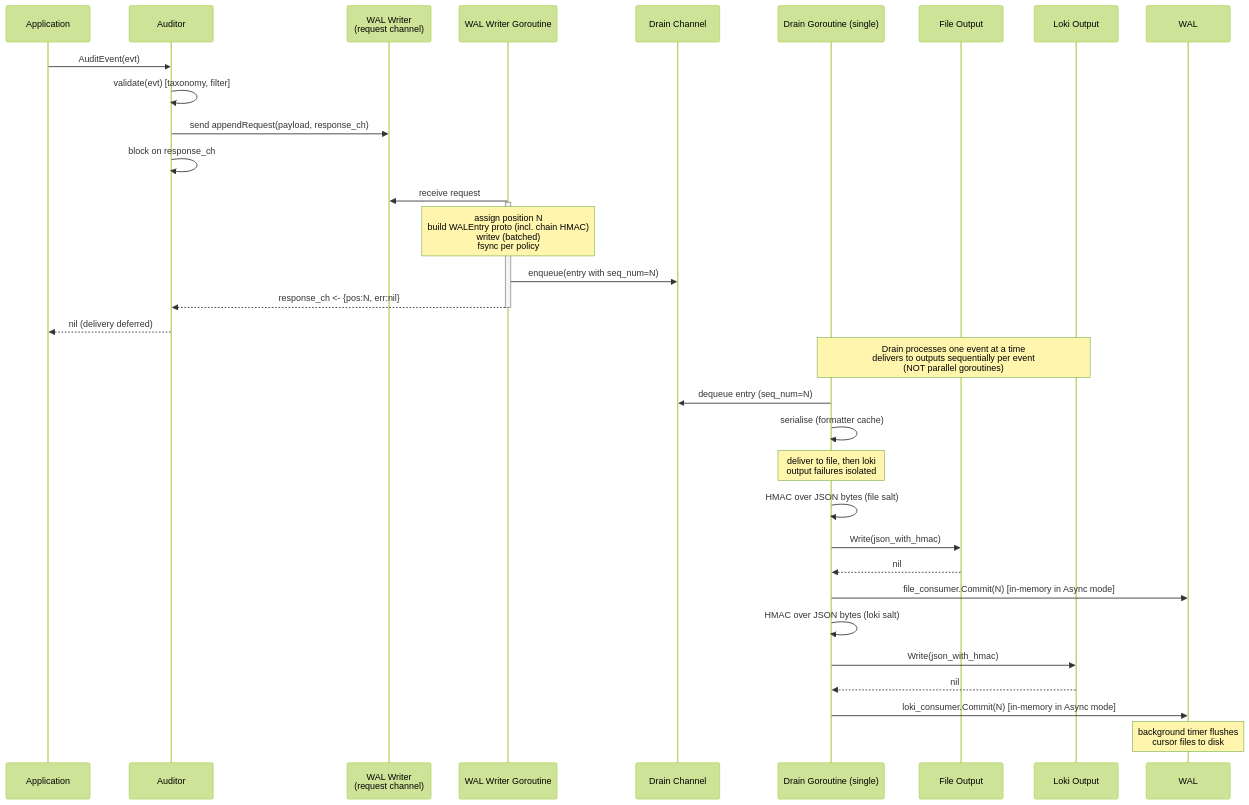
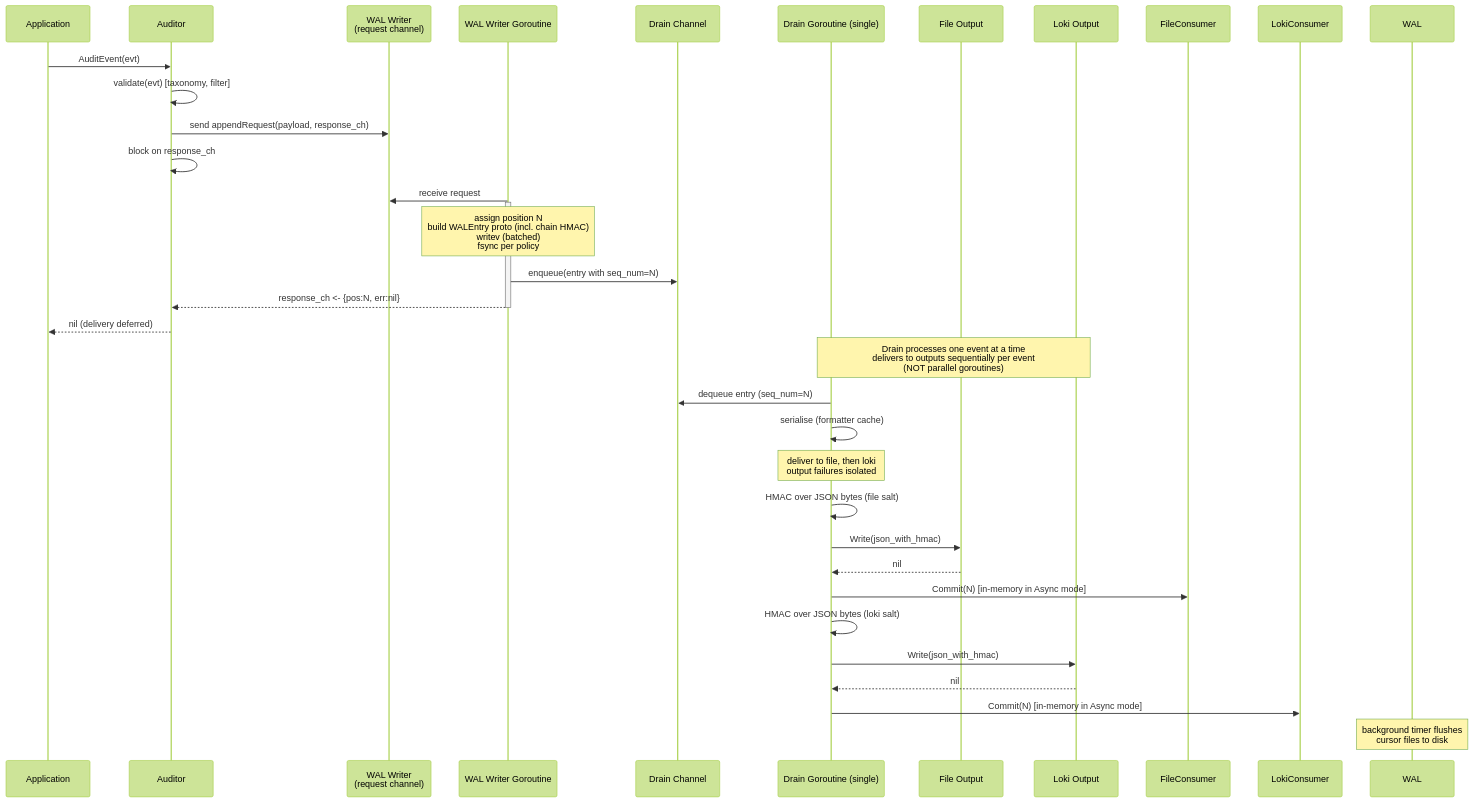
One commit to axonops/audit changed the first of 9 diagrams in docs/wal-design.md. Above: the diagram before and after it, drawn with Mermaid (forest theme). The commit also changed other lines of this file, not shown here.

First line of the commit message:
docs(wal): bottom-out design — proto determinism, instance binding, anchor commitment, key rotation, default chain-break

````diff
--- a/docs/wal-design.md
+++ b/docs/wal-design.md
@@ -610,40 +694,40 @@
 ```mermaid
 sequenceDiagram
     participant App as Application
     participant Auditor as Auditor
     participant WALReq as WAL Writer<br/>(request channel)
     participant Writer as WAL Writer Goroutine
     participant Ch as Drain Channel
     participant Drain as Drain Goroutine (single)
     participant File as File Output
     participant Loki as Loki Output
 
     App->>Auditor: AuditEvent(evt)
     Auditor->>Auditor: validate(evt) [taxonomy, filter]
     Auditor->>WALReq: send appendRequest(payload, response_ch)
     Auditor->>Auditor: block on response_ch
 
     Writer->>WALReq: receive request
     activate Writer
     Note over Writer: assign position N<br/>build WALEntry proto (incl. chain HMAC)<br/>writev (batched)<br/>fsync per policy
     Writer->>Ch: enqueue(entry with seq_num=N)
     Writer-->>Auditor: response_ch <- {pos:N, err:nil}
     deactivate Writer
     Auditor-->>App: nil (delivery deferred)
 
     Note over Drain,Loki: Drain processes one event at a time<br/>delivers to outputs sequentially per event<br/>(NOT parallel goroutines)
 
     Drain->>Ch: dequeue entry (seq_num=N)
     Drain->>Drain: serialise (formatter cache)
     Note over Drain: deliver to file, then loki<br/>output failures isolated
     Drain->>Drain: HMAC over JSON bytes (file salt)
     Drain->>File: Write(json_with_hmac)
     File-->>Drain: nil
-    Drain->>WAL: file_consumer.Commit(N) [in-memory in Async mode]
+    Drain->>FileConsumer: Commit(N) [in-memory in Async mode]
     Drain->>Drain: HMAC over JSON bytes (loki salt)
     Drain->>Loki: Write(json_with_hmac)
     Loki-->>Drain: nil
-    Drain->>WAL: loki_consumer.Commit(N) [in-memory in Async mode]
+    Drain->>LokiConsumer: Commit(N) [in-memory in Async mode]
 
     Note over WAL: background timer flushes<br/>cursor files to disk
 ```
````
